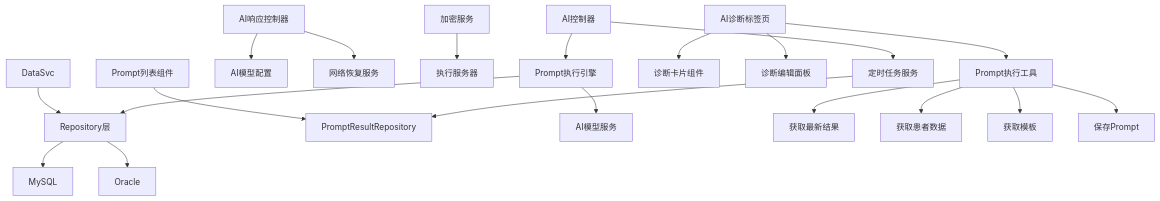
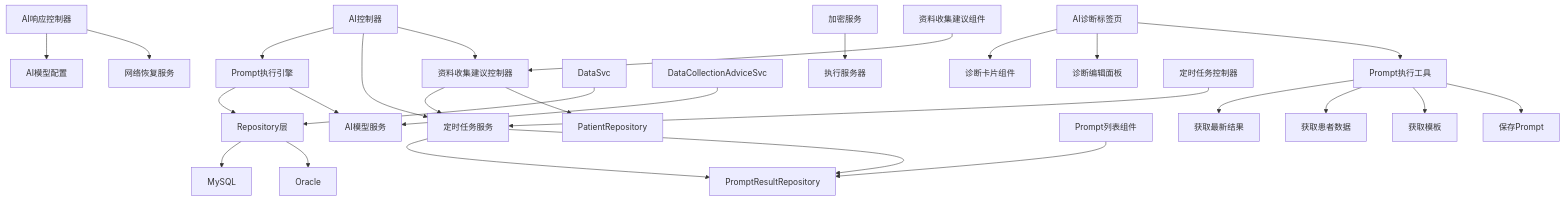
The ninth of 9 diagrams in .qoder/repowiki/zh/content/核心功能模块/AI诊断辅助系统.md (liuzh2008/med_ai_assistant_workspace), drawn with Mermaid before and after one commit. The commit also changed other lines of this file and 3 other files, not shown here.

````diff
--- a/.qoder/repowiki/zh/content/核心功能模块/AI诊断辅助系统.md
+++ b/.qoder/repowiki/zh/content/核心功能模块/AI诊断辅助系统.md
@@ -517,22 +754,29 @@
 ```mermaid
 graph TB
 AI["AI控制器"] --> PromptSvc["Prompt执行引擎"]
 AI --> TimerSvc["定时任务服务"]
+AI --> DataCollectionAdviceCtrl["资料收集建议控制器"]
 AIResp["AI响应控制器"] --> AIModelCfg["AI模型配置"]
 AIResp --> NetRecovery["网络恢复服务"]
 Encrypt["加密服务"] --> ExecServer["执行服务器"]
 PromptSvc --> Repo["Repository层"]
 TimerSvc --> PromptResultRepo["PromptResultRepository"]
+DataCollectionAdviceCtrl --> TimerSvc
+DataCollectionAdviceCtrl --> PatientRepo["PatientRepository"]
+TimerSvc --> PromptResultRepo
 DataSvc --> Repo
 Repo --> MySQL["MySQL"]
 Repo --> Oracle["Oracle"]
 PromptSvc --> AIModel["AI模型服务"]
+DataCollectionAdviceSvc --> AIModel
 AIDiagnosisTab["AI诊断标签页"] --> DiagnosisCard["诊断卡片组件"]
 AIDiagnosisTab --> DiagnosisEditPanel["诊断编辑面板"]
 AIDiagnosisTab --> handlePromptExecution["Prompt执行工具"]
 PromptList["Prompt列表组件"] --> PromptResultRepo
 handlePromptExecution --> getLatestPromptResult["获取最新结果"]
 handlePromptExecution --> getPatientData["获取患者数据"]
 handlePromptExecution --> getPromptTemplate["获取模板"]
 handlePromptExecution --> addPrompt["保存Prompt"]
+TimerCtrl["定时任务控制器"] --> TimerSvc
+DataCollectionAdvice["资料收集建议组件"] --> DataCollectionAdviceCtrl
 ```
````
